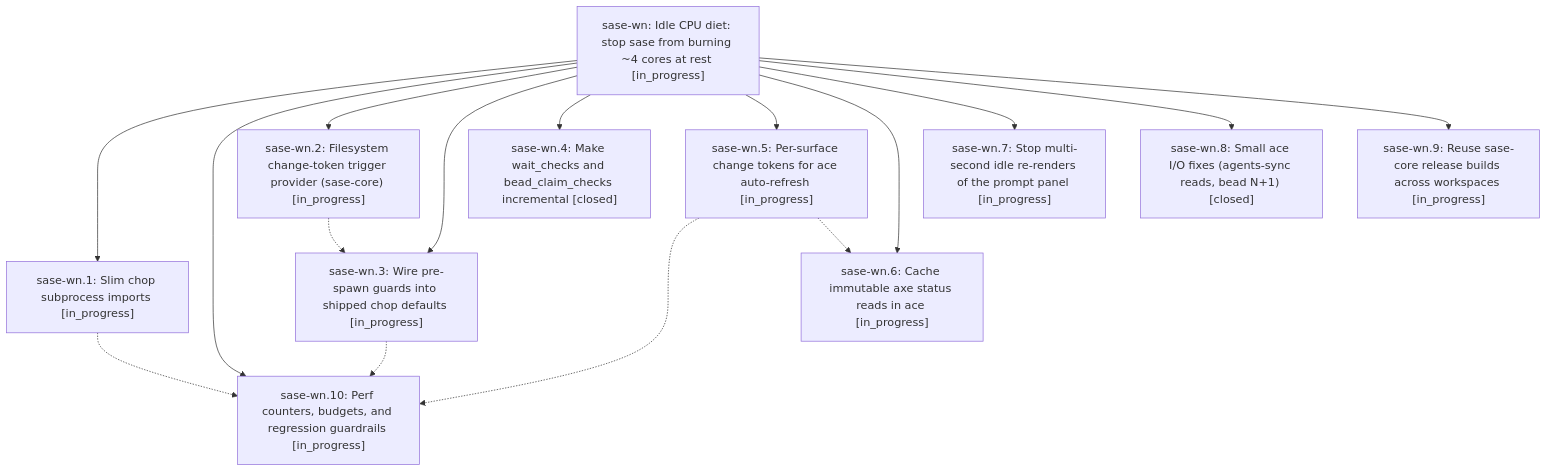
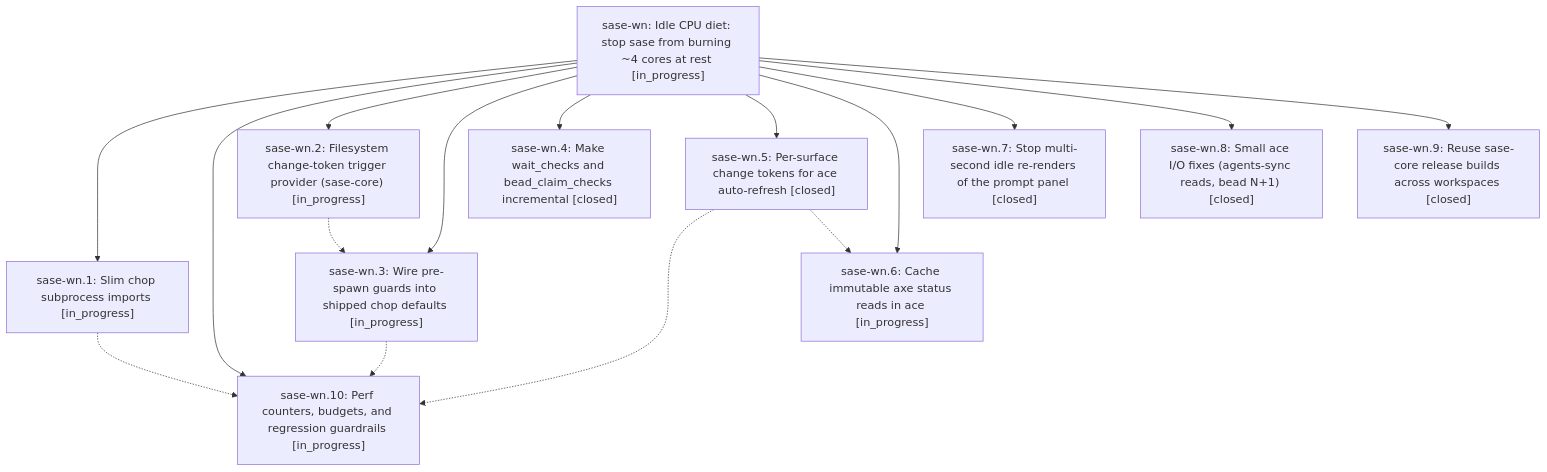
One commit to sase-org/sase--beads changed the diagram in pages/sase-wn/README.md. Above: the diagram before and after it, drawn with Mermaid. The commit also changed other lines of this file and 5 other files, not shown here.

````diff
--- a/pages/sase-wn/README.md
+++ b/pages/sase-wn/README.md
@@ -43,29 +43,29 @@
 ```mermaid
 flowchart TD
     n0["sase-wn: Idle CPU diet: stop sase from burning ~4 cores at rest [in_progress]"]
     n1["sase-wn.1: Slim chop subprocess imports [in_progress]"]
     n2["sase-wn.10: Perf counters, budgets, and regression guardrails [in_progress]"]
     n3["sase-wn.2: Filesystem change-token trigger provider (sase-core) [in_progress]"]
     n4["sase-wn.3: Wire pre-spawn guards into shipped chop defaults [in_progress]"]
     n5["sase-wn.4: Make wait_checks and bead_claim_checks incremental [closed]"]
-    n6["sase-wn.5: Per-surface change tokens for ace auto-refresh [in_progress]"]
+    n6["sase-wn.5: Per-surface change tokens for ace auto-refresh [closed]"]
     n7["sase-wn.6: Cache immutable axe status reads in ace [in_progress]"]
-    n8["sase-wn.7: Stop multi-second idle re-renders of the prompt panel [in_progress]"]
+    n8["sase-wn.7: Stop multi-second idle re-renders of the prompt panel [closed]"]
     n9["sase-wn.8: Small ace I/O fixes (agents-sync reads, bead N+1) [closed]"]
-    n10["sase-wn.9: Reuse sase-core release builds across workspaces [in_progress]"]
+    n10["sase-wn.9: Reuse sase-core release builds across workspaces [closed]"]
     n0 --> n1
     n0 --> n2
     n0 --> n3
     n0 --> n4
     n0 --> n5
     n0 --> n6
     n0 --> n7
     n0 --> n8
     n0 --> n9
     n0 --> n10
     n1 -.-> n2
     n3 -.-> n4
     n4 -.-> n2
     n6 -.-> n2
     n6 -.-> n7
 ```
````
